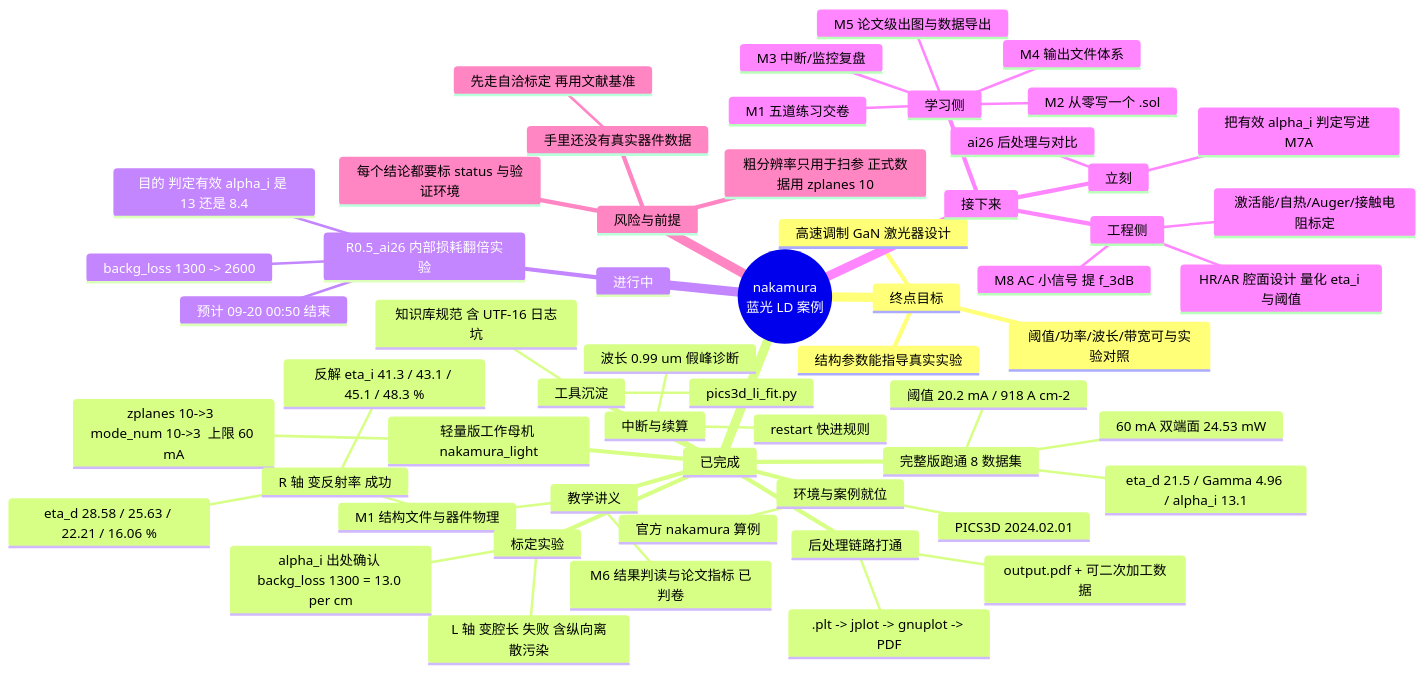
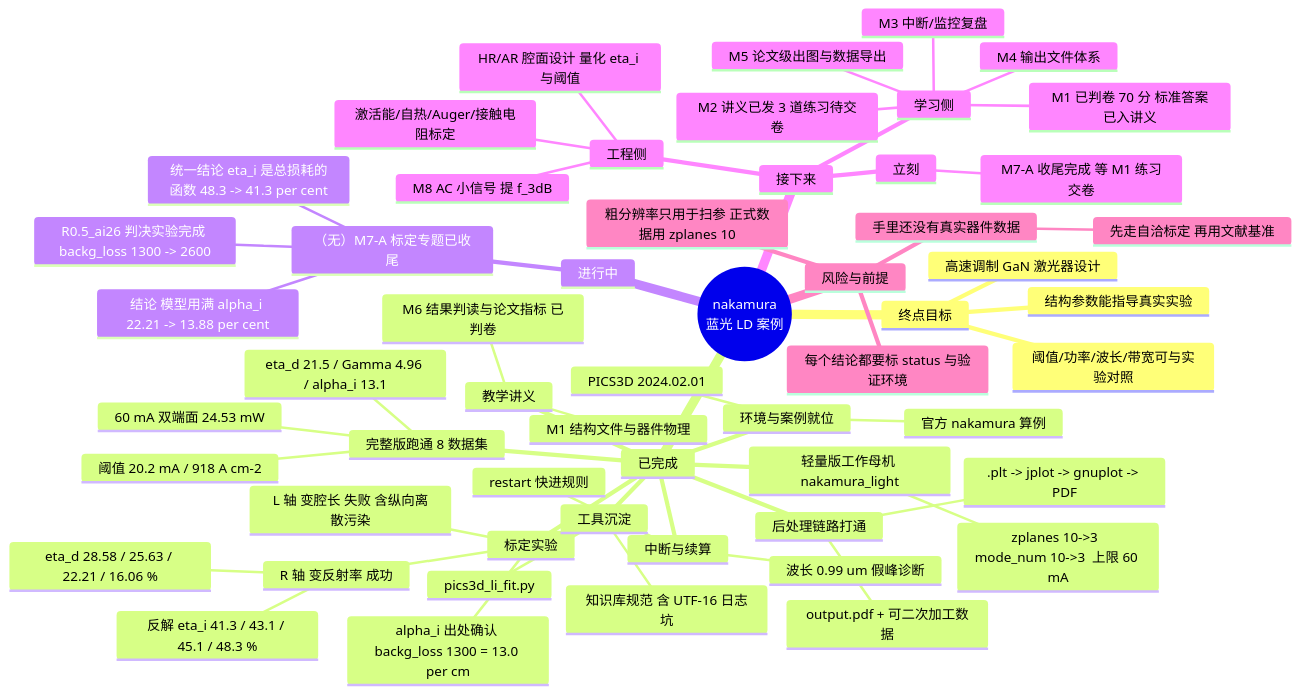
Before and after one commit to keuegaga/kexuegaga: the diagram in 00-入口/nakamura案例仿真全景图.md, drawn with Mermaid. The commit also changed other lines of this file and 8 other files, not shown here.

````diff
--- a/00-入口/nakamura案例仿真全景图.md
+++ b/00-入口/nakamura案例仿真全景图.md
@@ -23,60 +23,59 @@
 ```mermaid
 mindmap
   root((nakamura<br/>蓝光 LD 案例))
     终点目标
       高速调制 GaN 激光器设计
       结构参数能指导真实实验
       阈值/功率/波长/带宽可与实验对照
     已完成
       环境与案例就位
         PICS3D 2024.02.01
         官方 nakamura 算例
       完整版跑通 8 数据集
         阈值 20.2 mA / 918 A cm-2
         60 mA 双端面 24.53 mW
         eta_d 21.5 / Gamma 4.96 / alpha_i 13.1
       后处理链路打通
         .plt -> jplot -> gnuplot -> PDF
         output.pdf + 可二次加工数据
       中断与续算
         restart 快进规则
         波长 0.99 um 假峰诊断
       轻量版工作母机 nakamura_light
         zplanes 10->3  mode_num 10->3  上限 60 mA
       教学讲义
         M1 结构文件与器件物理
         M6 结果判读与论文指标 已判卷
       标定实验
         L 轴 变腔长 失败 含纵向离散污染
         R 轴 变反射率 成功
           eta_d 28.58 / 25.63 / 22.21 / 16.06 %
           反解 eta_i 41.3 / 43.1 / 45.1 / 48.3 %
         alpha_i 出处确认 backg_loss 1300 = 13.0 per cm
       工具沉淀
         pics3d_li_fit.py
         知识库规范 含 UTF-16 日志坑
     进行中
-      R0.5_ai26 内部损耗翻倍实验
-        backg_loss 1300 -> 2600
-        目的 判定有效 alpha_i 是 13 还是 8.4
-        预计 09-20 00:50 结束
+      （无）M7-A 标定专题已收尾
+        R0.5_ai26 判决实验完成 backg_loss 1300 -> 2600
+        结论 模型用满 alpha_i 22.21 -> 13.88 per cent
+        统一结论 eta_i 是总损耗的函数 48.3 -> 41.3 per cent
     接下来
       立刻
-        ai26 后处理与对比
-        把有效 alpha_i 判定写进 M7A
+        M7-A 收尾完成 等 M1 练习交卷
       学习侧
-        M1 五道练习交卷
-        M2 从零写一个 .sol
+        M1 已判卷 70 分 标准答案已入讲义
+        M2 讲义已发 3 道练习待交卷
         M3 中断/监控复盘
         M4 输出文件体系
         M5 论文级出图与数据导出
       工程侧
         HR/AR 腔面设计 量化 eta_i 与阈值
         激活能/自热/Auger/接触电阻标定
         M8 AC 小信号 提 f_3dB
     风险与前提
       手里还没有真实器件数据
         先走自洽标定 再用文献基准
       每个结论都要标 status 与验证环境
       粗分辨率只用于扫参 正式数据用 zplanes 10
 ```
````
